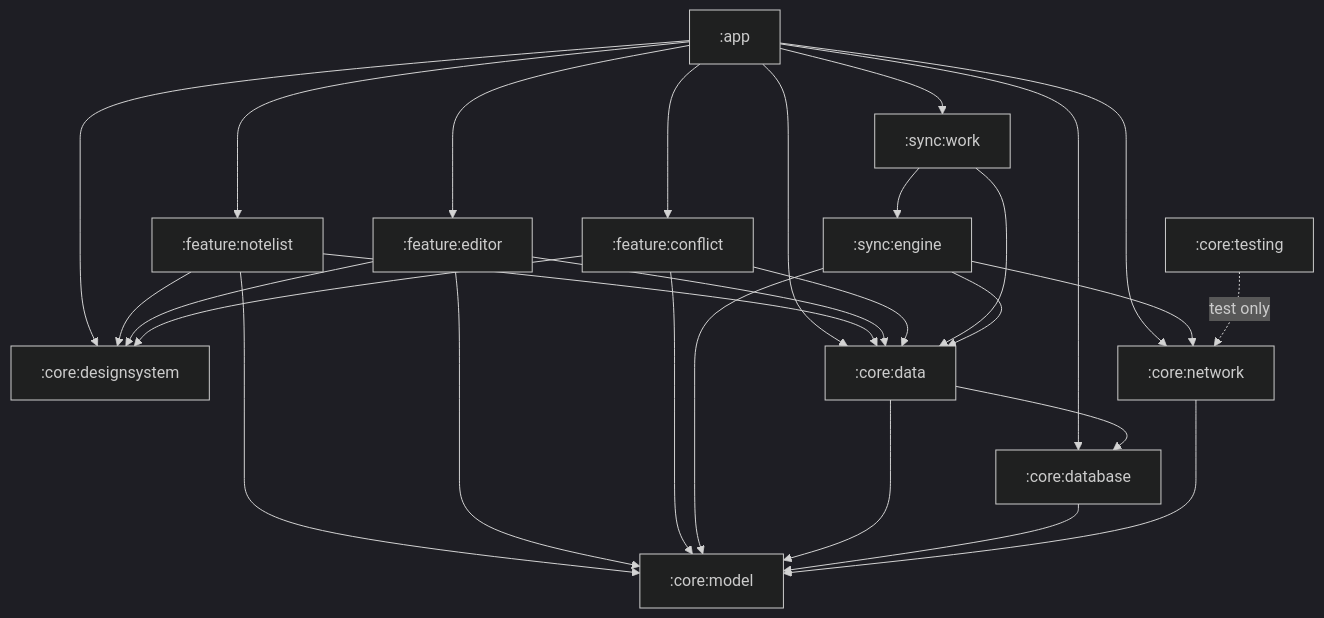
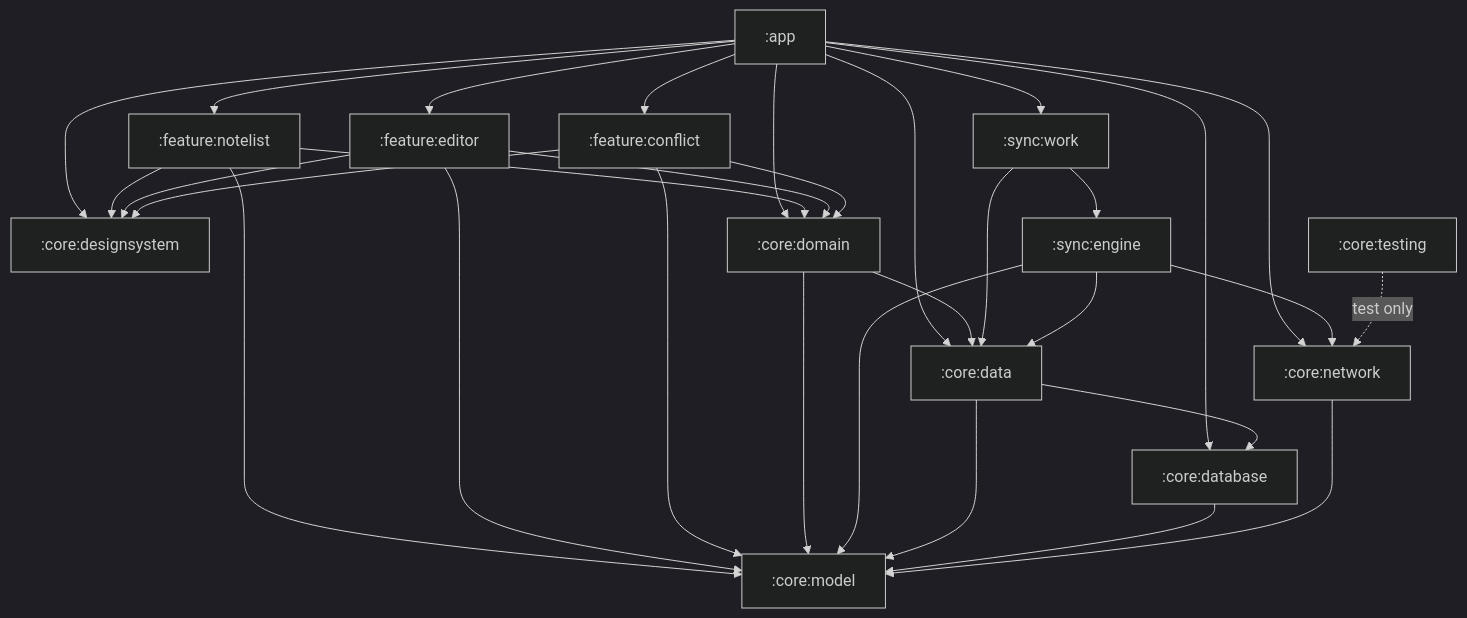
The second of 4 diagrams in README.md (savvasg28/offline-notes), drawn with Mermaid (dark theme) before and after one commit. The commit also changed other lines of this file and 16 other files, not shown here.

````diff
--- a/README.md
+++ b/README.md
@@ -52,27 +52,29 @@
 ```mermaid
 flowchart TD
     app[":app"]
     fnl[":feature:notelist"]
     fed[":feature:editor"]
     fco[":feature:conflict"]
     cds[":core:designsystem"]
     cdata[":core:data"]
+    cdom[":core:domain"]
     sengine[":sync:engine"]
     swork[":sync:work"]
     cdb[":core:database"]
     cnet[":core:network"]
     ctest[":core:testing"]
     cmodel[":core:model"]
 
     app --> fnl & fed & fco
-    app --> cdata & cdb & cnet & cds & swork
-    fnl --> cmodel & cdata & cds
-    fed --> cmodel & cdata & cds
-    fco --> cmodel & cdata & cds
+    app --> cdata & cdom & cdb & cnet & cds & swork
+    fnl --> cmodel & cdom & cds
+    fed --> cmodel & cdom & cds
+    fco --> cmodel & cdom & cds
+    cdom --> cmodel & cdata
     swork --> cdata & sengine
     sengine --> cmodel & cdata & cnet
     cdata --> cmodel & cdb
     cdb --> cmodel
     cnet --> cmodel
     ctest -.test only.-> cnet
 ```
````
